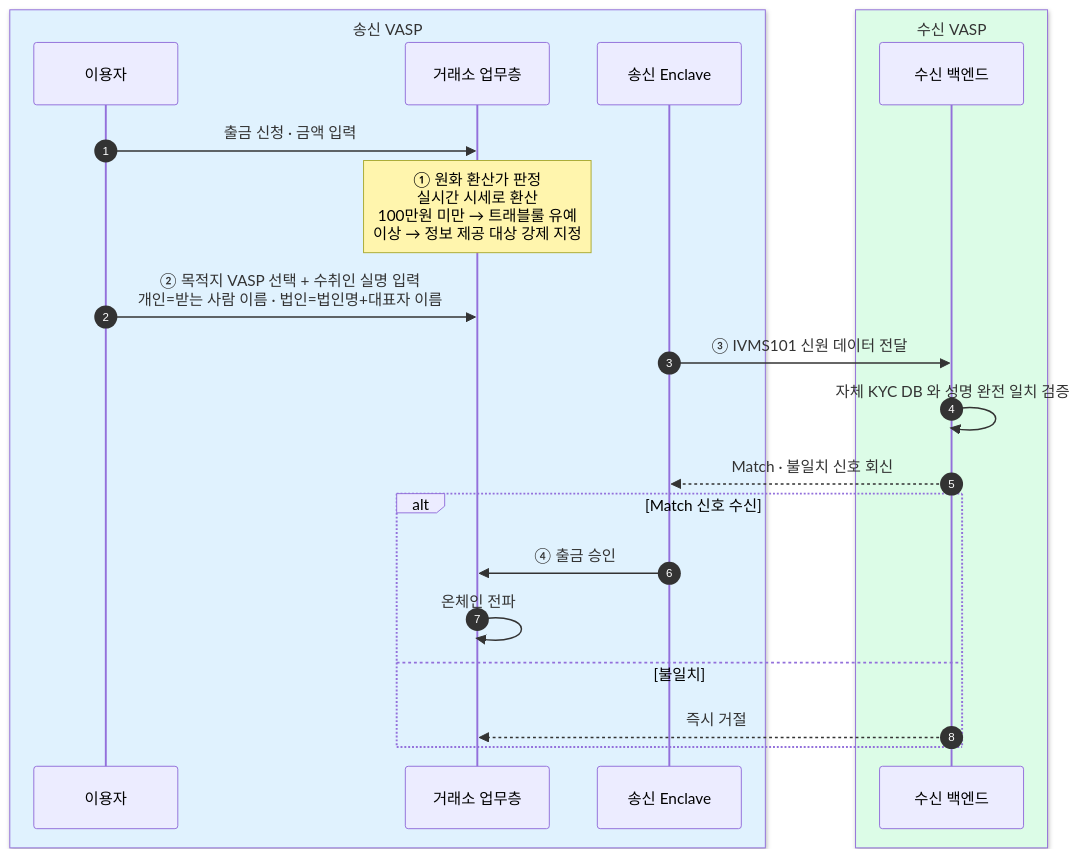
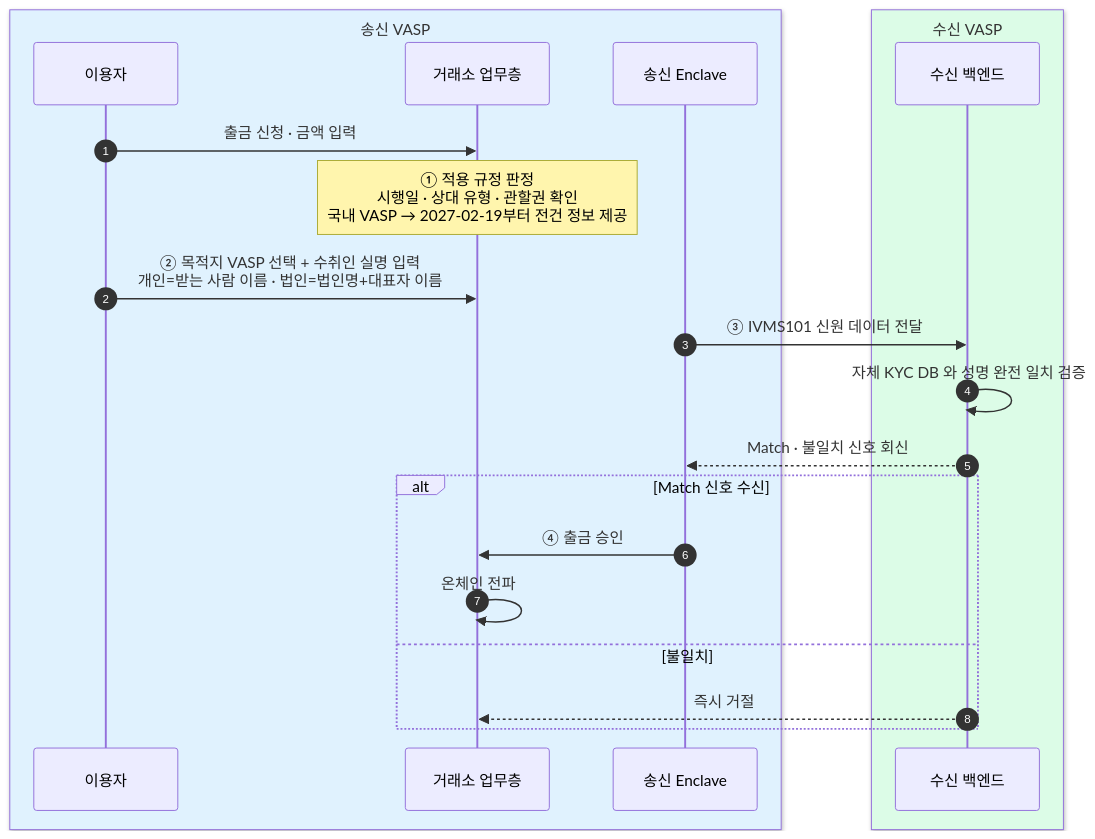
The diagram in blockchain-manager/docs/트래블룰/개념/04-withdrawal-flow.md (eunsujeo/eunpus), drawn with Mermaid before and after one commit. The commit also changed other lines of this file and 20 other files, not shown here.

````diff
--- a/blockchain-manager/docs/트래블룰/개념/04-withdrawal-flow.md
+++ b/blockchain-manager/docs/트래블룰/개념/04-withdrawal-flow.md
@@ -15,24 +15,24 @@
 ```mermaid
 sequenceDiagram
     autonumber
     box rgb(224,242,254) 송신 VASP
         participant U as 이용자
         participant EX as 거래소 업무층
         participant EN as 송신 Enclave
     end
     box rgb(220,252,231) 수신 VASP
         participant RX as 수신 백엔드
     end
     U->>EX: 출금 신청 · 금액 입력
-    Note over EX: ① 원화 환산가 판정<br/>실시간 시세로 환산<br/>100만원 미만 → 트래블룰 유예<br/>이상 → 정보 제공 대상 강제 지정
+    Note over EX: ① 적용 규정 판정<br/>시행일 · 상대 유형 · 관할권 확인<br/>국내 VASP → 2027-02-19부터 전건 정보 제공
     U->>EX: ② 목적지 VASP 선택 + 수취인 실명 입력<br/>개인=받는 사람 이름 · 법인=법인명+대표자 이름
     EN->>RX: ③ IVMS101 신원 데이터 전달
     RX->>RX: 자체 KYC DB 와 성명 완전 일치 검증
     RX-->>EN: Match · 불일치 신호 회신
     alt Match 신호 수신
         EN->>EX: ④ 출금 승인
         EX->>EX: 온체인 전파
     else 불일치
         RX-->>EX: 즉시 거절
     end
 ```
````
